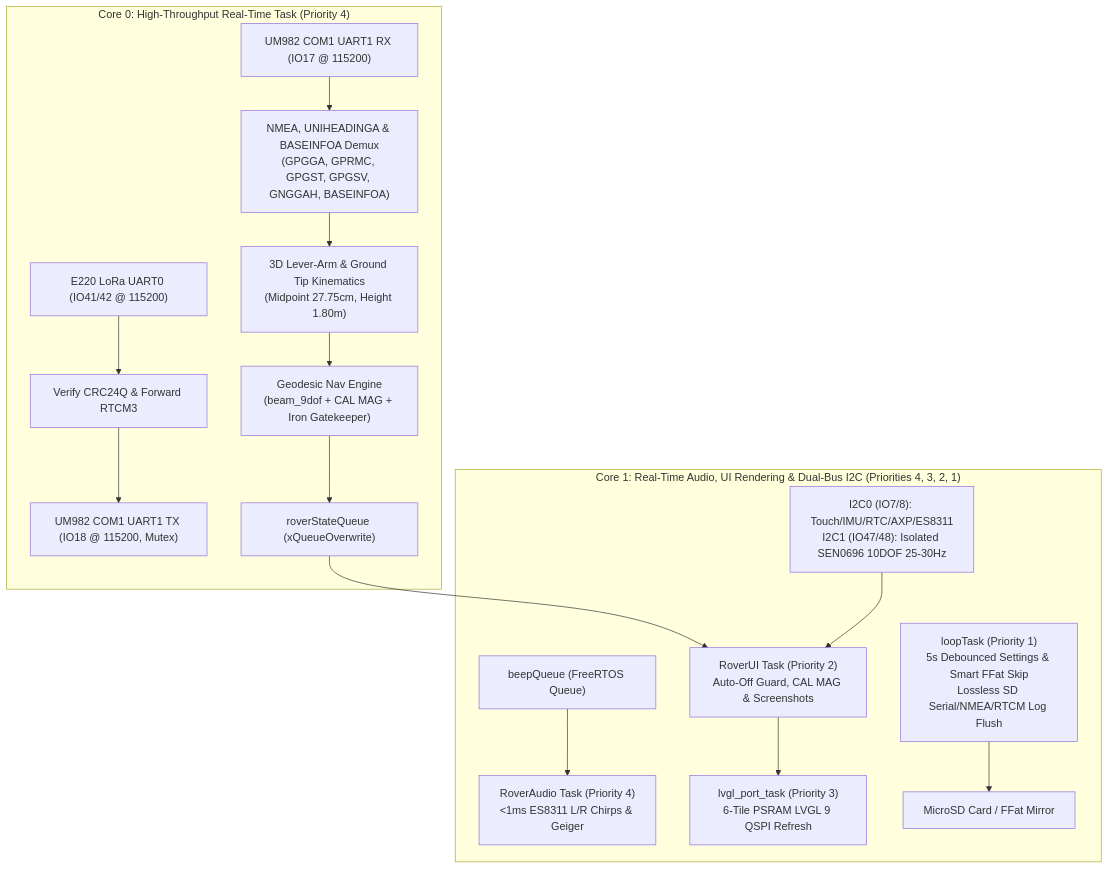
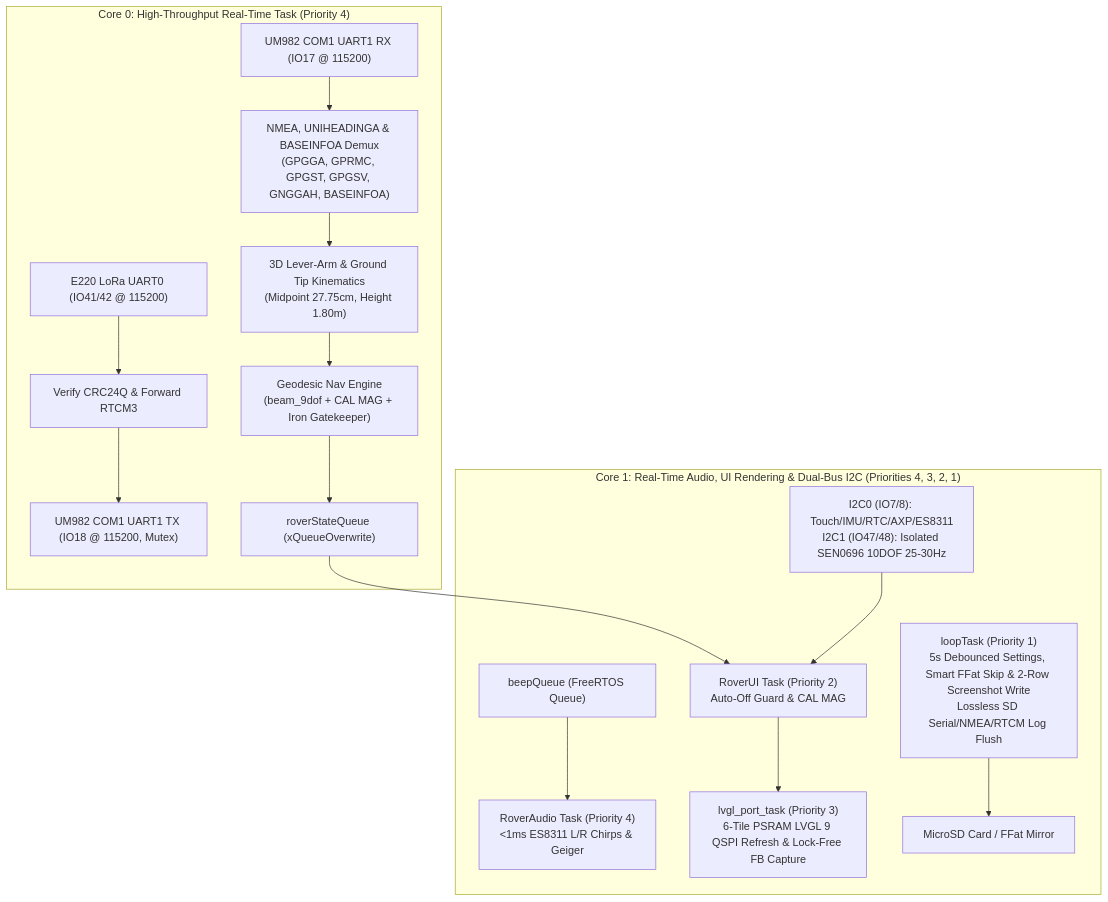
The diagram in README.md (rguilmet/RTK-Rover), drawn with Mermaid before and after one commit. The commit also changed other lines of this file and 9 other files, not shown here.

````diff
--- a/README.md
+++ b/README.md
@@ -184,19 +103,19 @@
 ```mermaid
 flowchart TD
     subgraph Core0["Core 0: High-Throughput Real-Time Task (Priority 4)"]
         E220_RX["E220 LoRa UART0 (IO41/42 @ 115200)"] --> RTCM_FWD["Verify CRC24Q & Forward RTCM3"]
         RTCM_FWD --> COM1_TX["UM982 COM1 UART1 TX (IO18 @ 115200, Mutex)"]
         COM1_RX["UM982 COM1 UART1 RX (IO17 @ 115200)"] --> NMEA_PARSE["NMEA, UNIHEADINGA & BASEINFOA Demux\n(GPGGA, GPRMC, GPGST, GPGSV, GNGGAH, BASEINFOA)"]
         NMEA_PARSE --> KINEMATICS["3D Lever-Arm & Ground Tip Kinematics\n(Midpoint 27.75cm, Height 1.80m)"]
         KINEMATICS --> NAV_ENGINE["Geodesic Nav Engine\n(beam_9dof + CAL MAG + Iron Gatekeeper)"]
         NAV_ENGINE --> QUEUE["roverStateQueue (xQueueOverwrite)"]
     end
 
     subgraph Core1["Core 1: Real-Time Audio, UI Rendering & Dual-Bus I2C (Priorities 4, 3, 2, 1)"]
         AUDIO_QUEUE["beepQueue (FreeRTOS Queue)"] --> CODEC["RoverAudio Task (Priority 4)\n<1ms ES8311 L/R Chirps & Geiger"]
-        QUEUE --> UI_UPDATE["RoverUI Task (Priority 2)\nAuto-Off Guard, CAL MAG & Screenshots"]
+        QUEUE --> UI_UPDATE["RoverUI Task (Priority 2)\nAuto-Off Guard & CAL MAG"]
         I2C_POLL["I2C0 (IO7/8): Touch/IMU/RTC/AXP/ES8311\nI2C1 (IO47/48): Isolated SEN0696 10DOF 25-30Hz"] --> UI_UPDATE
-        UI_UPDATE --> LVGL["lvgl_port_task (Priority 3)\n6-Tile PSRAM LVGL 9 QSPI Refresh"]
-        SETTINGS["loopTask (Priority 1)\n5s Debounced Settings & Smart FFat Skip\nLossless SD Serial/NMEA/RTCM Log Flush"] --> STORAGE["MicroSD Card / FFat Mirror"]
+        UI_UPDATE --> LVGL["lvgl_port_task (Priority 3)\n6-Tile PSRAM LVGL 9 QSPI Refresh & Lock-Free FB Capture"]
+        SETTINGS["loopTask (Priority 1)\n5s Debounced Settings, Smart FFat Skip & 2-Row Screenshot Write\nLossless SD Serial/NMEA/RTCM Log Flush"] --> STORAGE["MicroSD Card / FFat Mirror"]
     end
 ```
````
